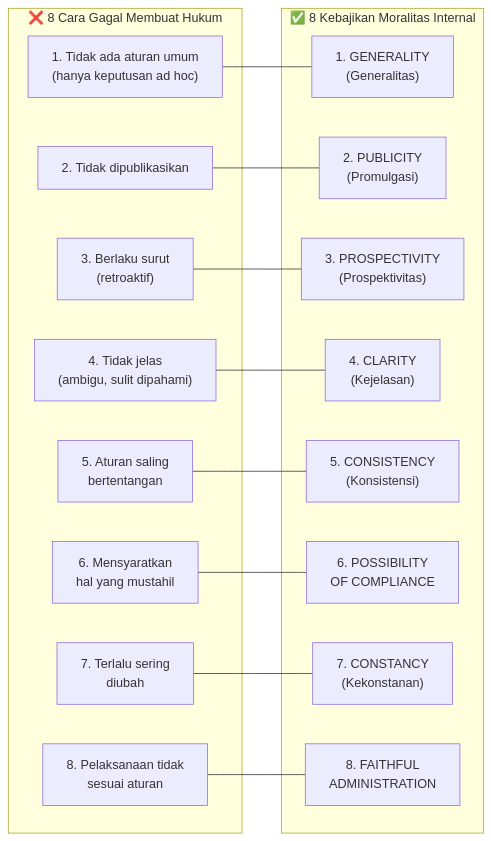
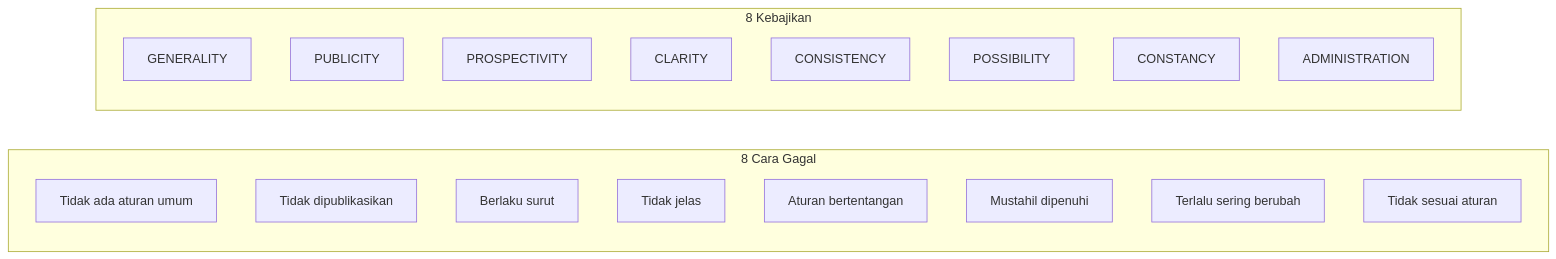
The fifth of 15 diagrams in content/Lectures/filsafat-hukum-midterm.md (hifdzimaulana/beate-vivere), drawn with Mermaid before and after one commit. The commit also changed other lines of this file and 1 other file, not shown here.

Commit message:
Fix mermaid diagrams: replace \n with <br/> and remove emojis

````diff
--- a/content/Lectures/filsafat-hukum-midterm.md
+++ b/content/Lectures/filsafat-hukum-midterm.md
@@ -424,33 +419,24 @@
 ```mermaid
 graph LR
-    subgraph KEGAGALAN ["❌ 8 Cara Gagal Membuat Hukum"]
-        F1["1. Tidak ada aturan umum\n(hanya keputusan ad hoc)"]
-        F2["2. Tidak dipublikasikan"]
-        F3["3. Berlaku surut\n(retroaktif)"]
-        F4["4. Tidak jelas\n(ambigu, sulit dipahami)"]
-        F5["5. Aturan saling\nbertentangan"]
-        F6["6. Mensyaratkan\nhal yang mustahil"]
-        F7["7. Terlalu sering\ndiubah"]
-        F8["8. Pelaksanaan tidak\nsesuai aturan"]
+    subgraph KEGAGALAN["8 Cara Gagal"]
+        F1["Tidak ada aturan umum"]
+        F2["Tidak dipublikasikan"]
+        F3["Berlaku surut"]
+        F4["Tidak jelas"]
+        F5["Aturan bertentangan"]
+        F6["Mustahil dipenuhi"]
+        F7["Terlalu sering berubah"]
+        F8["Tidak sesuai aturan"]
     end
 
-    subgraph KEBAJIKAN ["✅ 8 Kebajikan Moralitas Internal"]
-        V1["1. GENERALITY\n(Generalitas)"]
-        V2["2. PUBLICITY\n(Promulgasi)"]
-        V3["3. PROSPECTIVITY\n(Prospektivitas)"]
-        V4["4. CLARITY\n(Kejelasan)"]
-        V5["5. CONSISTENCY\n(Konsistensi)"]
-        V6["6. POSSIBILITY\nOF COMPLIANCE"]
-        V7["7. CONSTANCY\n(Kekonstanan)"]
-        V8["8. FAITHFUL\nADMINISTRATION"]
+    subgraph KEBAJIKAN["8 Kebajikan"]
+        V1["GENERALITY"]
+        V2["PUBLICITY"]
+        V3["PROSPECTIVITY"]
+        V4["CLARITY"]
+        V5["CONSISTENCY"]
+        V6["POSSIBILITY"]
+        V7["CONSTANCY"]
+        V8["ADMINISTRATION"]
     end
-
-    F1 --- V1
-    F2 --- V2
-    F3 --- V3
-    F4 --- V4
-    F5 --- V5
-    F6 --- V6
-    F7 --- V7
-    F8 --- V8
 ```
````
